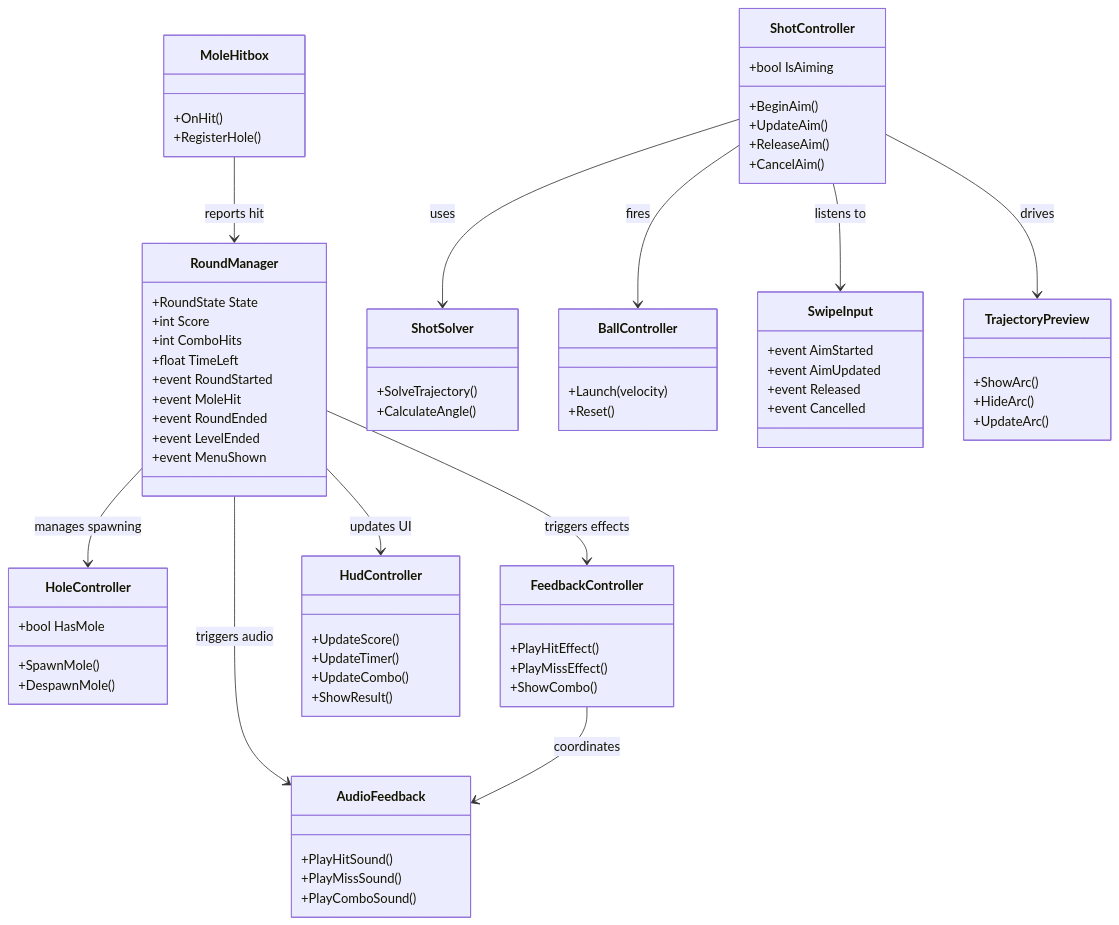
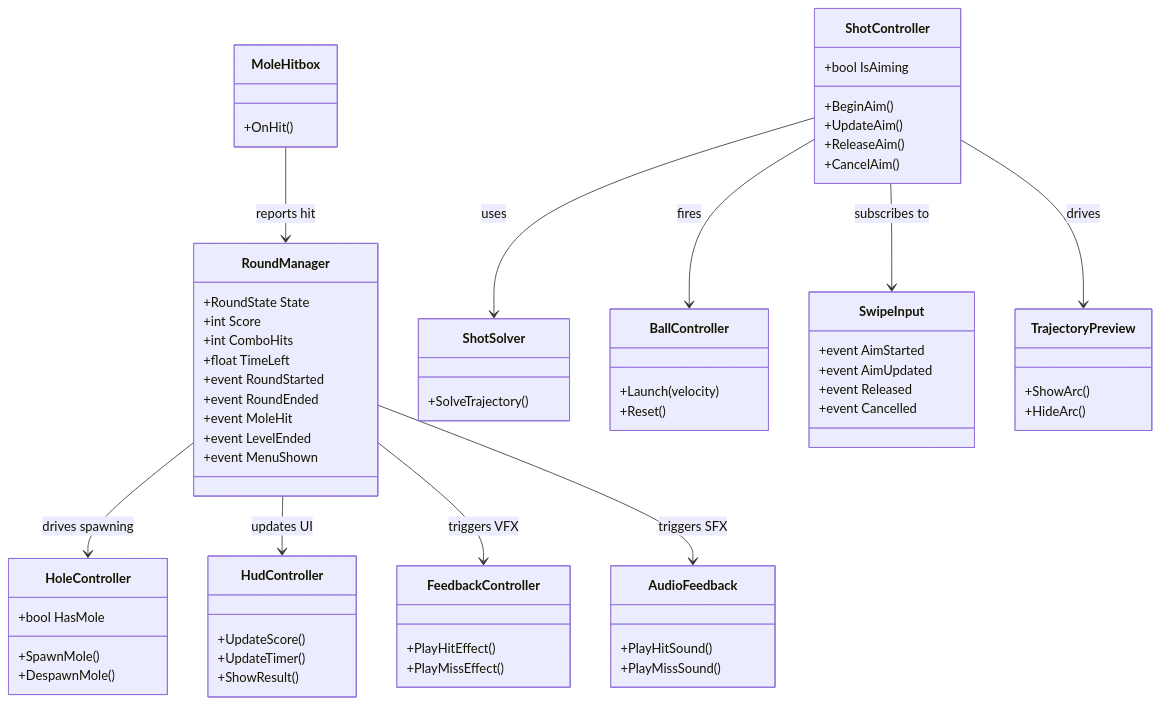
Before and after one commit to bhargavm-iiits/Mole-Shooting-Game: the first of 3 diagrams in README.md, drawn with Mermaid. The commit also changed other lines of this file, not shown here.

````diff
--- a/README.md
+++ b/README.md
@@ -146,8 +120,8 @@
         +int ComboHits
         +float TimeLeft
         +event RoundStarted
+        +event RoundEnded
         +event MoleHit
-        +event RoundEnded
         +event LevelEnded
         +event MenuShown
     }
@@ -162,7 +136,6 @@
 
     class ShotSolver {
         +SolveTrajectory()
-        +CalculateAngle()
     }
 
     class BallController {
@@ -185,42 +158,36 @@
 
     class MoleHitbox {
         +OnHit()
-        +RegisterHole()
+    }
+
+    class TrajectoryPreview {
+        +ShowArc()
+        +HideArc()
+    }
+
+    class HudController {
+        +UpdateScore()
+        +UpdateTimer()
+        +ShowResult()
     }
 
     class FeedbackController {
         +PlayHitEffect()
         +PlayMissEffect()
-        +ShowCombo()
-    }
-
-    class HudController {
-        +UpdateScore()
-        +UpdateTimer()
-        +UpdateCombo()
-        +ShowResult()
     }
 
     class AudioFeedback {
         +PlayHitSound()
         +PlayMissSound()
-        +PlayComboSound()
     }
 
-    class TrajectoryPreview {
-        +ShowArc()
-        +HideArc()
-        +UpdateArc()
-    }
-
-    RoundManager --> HoleController : manages spawning
+    RoundManager --> HoleController : drives spawning
     RoundManager --> HudController : updates UI
-    RoundManager --> FeedbackController : triggers effects
-    RoundManager --> AudioFeedback : triggers audio
-    ShotController --> SwipeInput : listens to
+    RoundManager --> FeedbackController : triggers VFX
+    RoundManager --> AudioFeedback : triggers SFX
+    ShotController --> SwipeInput : subscribes to
     ShotController --> ShotSolver : uses
     ShotController --> TrajectoryPreview : drives
     ShotController --> BallController : fires
     MoleHitbox --> RoundManager : reports hit
-    FeedbackController --> AudioFeedback : coordinates
 ```
````
